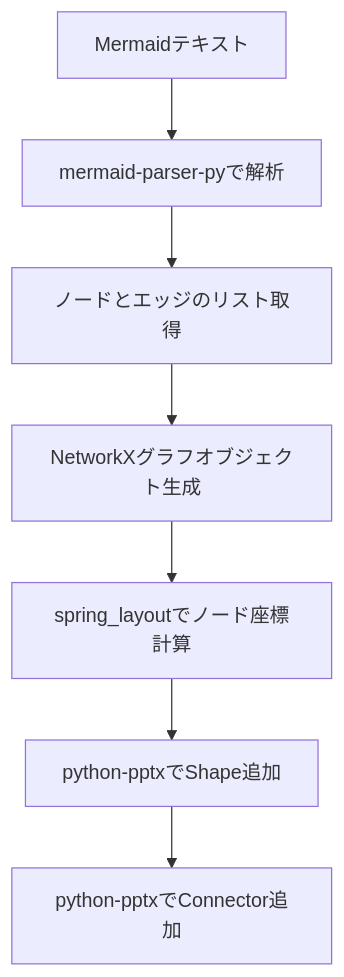
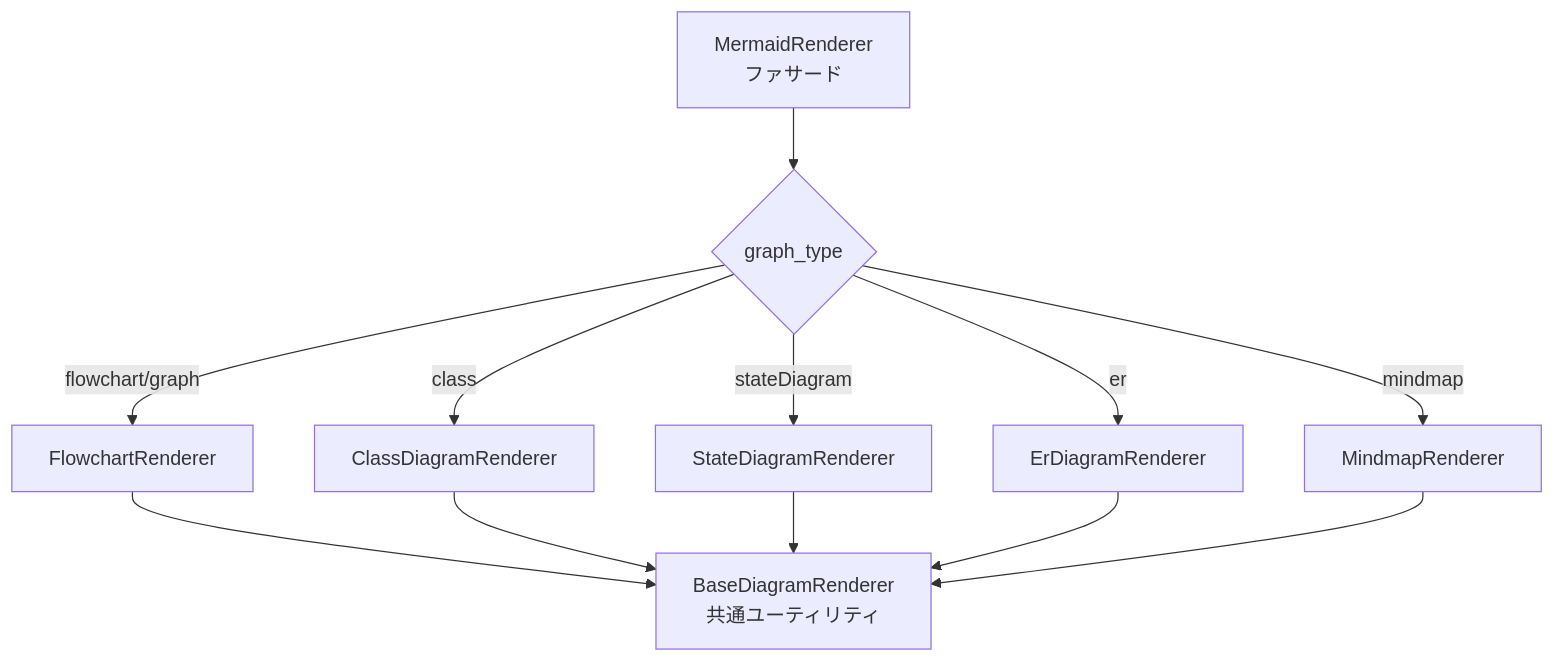
Before and after one commit to notfolder/qmd_to_pptx: the fourth of 6 diagrams in docs/QMD_TO_PPTX_DESIGN.md, drawn with Mermaid. The commit also changed other lines of this file and 13 other files, not shown here.

First line of the commit message:
Add Mermaid flowchart examples and unit tests for FlowchartRenderer

````diff
--- a/docs/QMD_TO_PPTX_DESIGN.md
+++ b/docs/QMD_TO_PPTX_DESIGN.md
@@ -234,9 +238,10 @@
 ```mermaid
 flowchart TD
-    A[Mermaidテキスト] --> B[mermaid-parser-pyで解析]
-    B --> C[ノードとエッジのリスト取得]
-    C --> D[NetworkXグラフオブジェクト生成]
-    D --> E[spring_layoutでノード座標計算]
-    E --> F[python-pptxでShape追加]
-    F --> G[python-pptxでConnector追加]
+    A[MermaidRenderer\nファサード] --> B{graph_type}
+    B -- flowchart/graph --> C[FlowchartRenderer]
+    B -- class --> D[ClassDiagramRenderer]
+    B -- stateDiagram --> E[StateDiagramRenderer]
+    B -- er --> F[ErDiagramRenderer]
+    B -- mindmap --> G[MindmapRenderer]
+    C & D & E & F & G --> H[BaseDiagramRenderer\n共通ユーティリティ]
 ```
````
